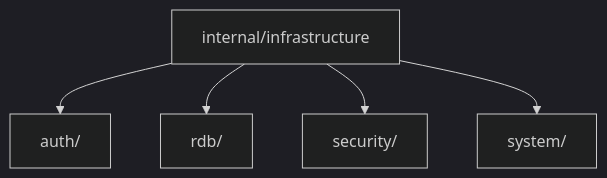
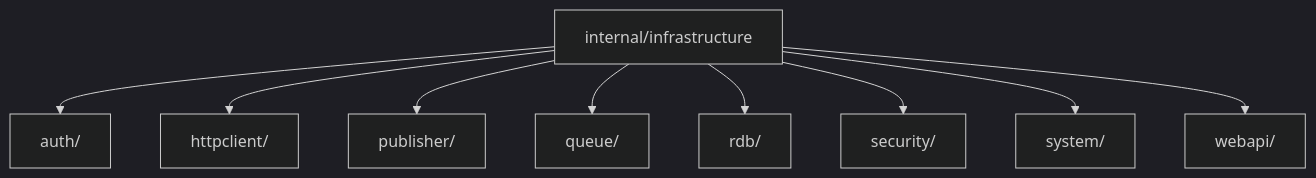
One commit to Tomy-ch/go-boilerplate changed the fourth of 5 diagrams in internal/infrastructure/README.ja.md. Above: the diagram before and after it, drawn with Mermaid (dark theme). The commit also changed other lines of this file and 3 other files, not shown here.

````diff
--- a/internal/infrastructure/README.ja.md
+++ b/internal/infrastructure/README.ja.md
@@ -103,13 +103,21 @@
 ```mermaid
 flowchart TB
     Root["internal/infrastructure"]
     Auth["auth/"]
+    HTTP["httpclient/"]
+    Pub["publisher/"]
+    Queue["queue/"]
     RDB["rdb/"]
     Sec["security/"]
     Sys["system/"]
+    Web["webapi/"]
 
     Root --> Auth
+    Root --> HTTP
+    Root --> Pub
+    Root --> Queue
     Root --> RDB
     Root --> Sec
     Root --> Sys
+    Root --> Web
 ```
````
